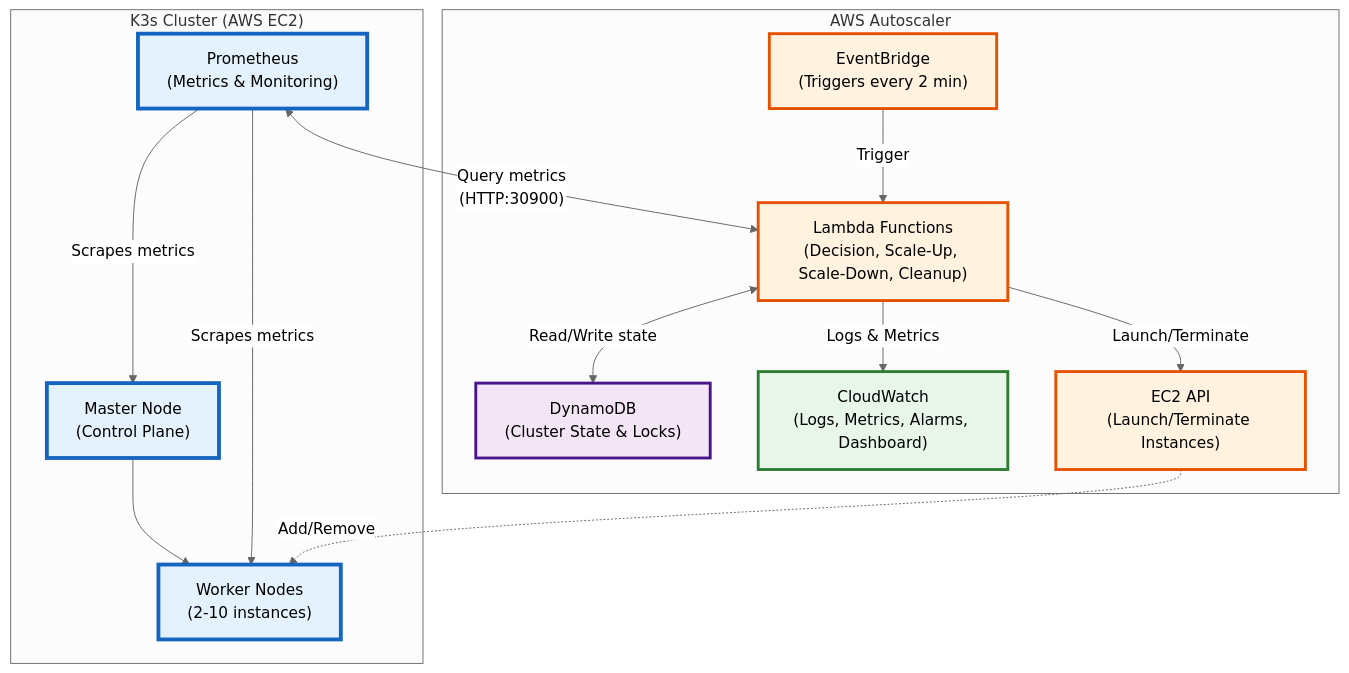
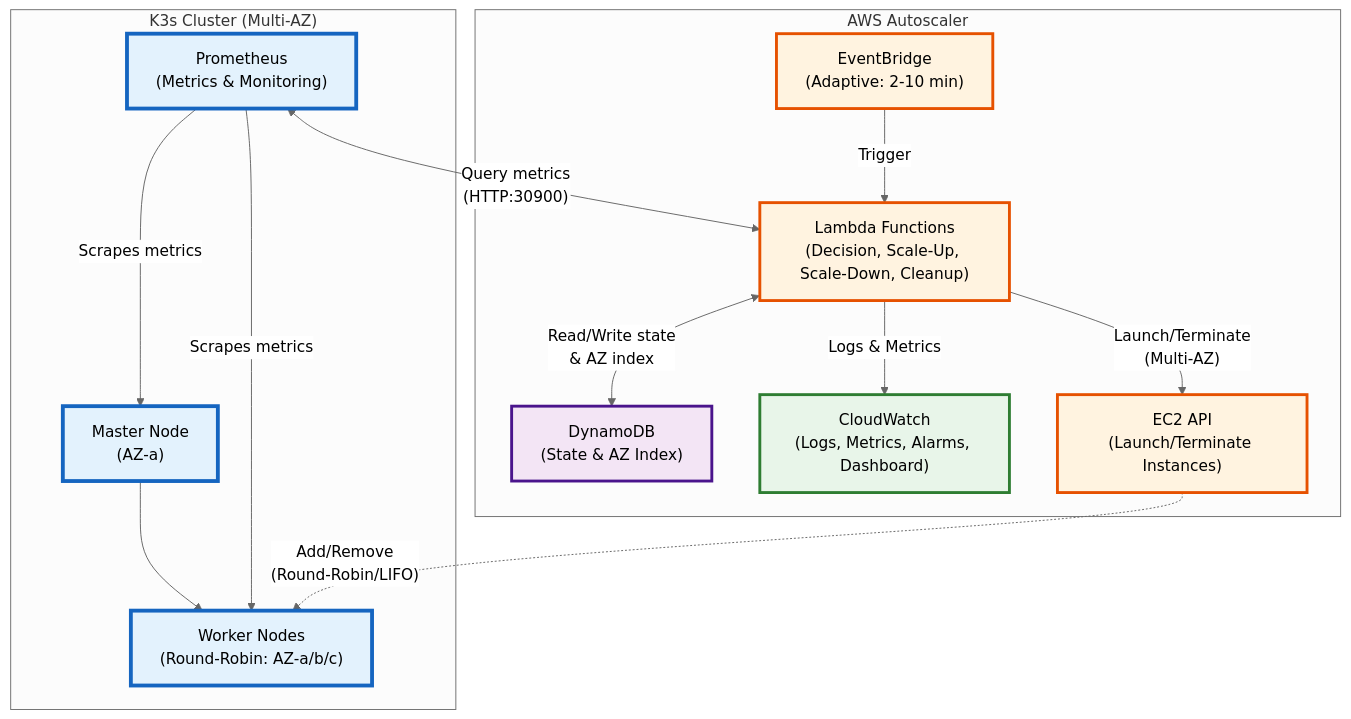
Before and after one commit to kaziiriad/elastikube: the first of 4 diagrams in README.md, drawn with Mermaid (neutral theme). The commit also changed other lines of this file and 3 other files, not shown here.

First line of the commit message:
Add multi-AZ worker distribution with round-robin scaling

````diff
--- a/README.md
+++ b/README.md
@@ -11,40 +11,40 @@
 ```mermaid
 flowchart TB
-    subgraph K3S["K3s Cluster (AWS EC2)"]
-        Master["Master Node<br/>(Control Plane)"]
-        Workers["Worker Nodes<br/>(2-10 instances)"]
+    subgraph K3S["K3s Cluster (Multi-AZ)"]
+        Master["Master Node<br/>(AZ-a)"]
+        Workers["Worker Nodes<br/>(Round-Robin: AZ-a/b/c)"]
         Prometheus["Prometheus<br/>(Metrics & Monitoring)"]
-        
+
         Master --> Workers
         Prometheus -->|"Scrapes metrics"| Workers
         Prometheus -->|"Scrapes metrics"| Master
     end
 
     subgraph AWS["AWS Autoscaler"]
-        EventBridge["EventBridge<br/>(Triggers every 2 min)"]
+        EventBridge["EventBridge<br/>(Adaptive: 2-10 min)"]
         Lambdas["Lambda Functions<br/>(Decision, Scale-Up, Scale-Down, Cleanup)"]
-        DynamoDB["DynamoDB<br/>(Cluster State & Locks)"]
+        DynamoDB["DynamoDB<br/>(State & AZ Index)"]
         CloudWatch["CloudWatch<br/>(Logs, Metrics, Alarms, Dashboard)"]
         EC2API["EC2 API<br/>(Launch/Terminate Instances)"]
     end
 
     %% Main Flow
     EventBridge -->|"Trigger"| Lambdas
     Prometheus <-->|"Query metrics<br/>(HTTP:30900)"| Lambdas
-    Lambdas <-->|"Read/Write state"| DynamoDB
+    Lambdas <-->|"Read/Write state<br/>& AZ index"| DynamoDB
     Lambdas -->|"Logs & Metrics"| CloudWatch
-    Lambdas -->|"Launch/Terminate"| EC2API
-    
-    EC2API -.->|"Add/Remove"| Workers
+    Lambdas -->|"Launch/Terminate<br/>(Multi-AZ)"| EC2API
+
+    EC2API -.->|"Add/Remove<br/>(Round-Robin/LIFO)"| Workers
 
     %% Styling
     classDef k3sStyle fill:#e3f2fd,stroke:#1565c0,stroke-width:4px,color:#000
     classDef awsStyle fill:#fff3e0,stroke:#e65100,stroke-width:3px,color:#000
     classDef storageStyle fill:#f3e5f5,stroke:#4a148c,stroke-width:3px,color:#000
     classDef monitorStyle fill:#e8f5e9,stroke:#2e7d32,stroke-width:3px,color:#000
 
     class Master,Workers,Prometheus k3sStyle
     class EventBridge,Lambdas,EC2API awsStyle
     class DynamoDB storageStyle
     class CloudWatch monitorStyle
 ```
````
